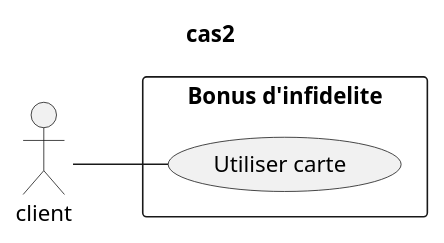
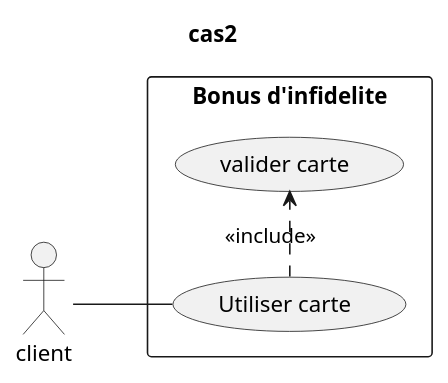
One commit to ZeroAbsolue/infidelite changed the third of 6 diagrams in Readme.puml. Above: the diagram before and after it, drawn with PlantUML. The commit also changed other lines of this file and 5 other files, not shown here.

Commit message:
Mise a jour du diagramme de classe et debut de la justification des choix de conceptionÈ

```diff
--- a/Readme.puml
+++ b/Readme.puml
@@ -103,11 +94,14 @@
 @startuml
 title cas2
 left to right direction
 
 actor client as C
 rectangle "Bonus d'infidelite" {
     usecase "Utiliser carte" as UC1
+    usecase "valider carte" as UC2
+
+    UC1 .> UC2 : <<include>>
 }
 
 C -- UC1
 @enduml
```
